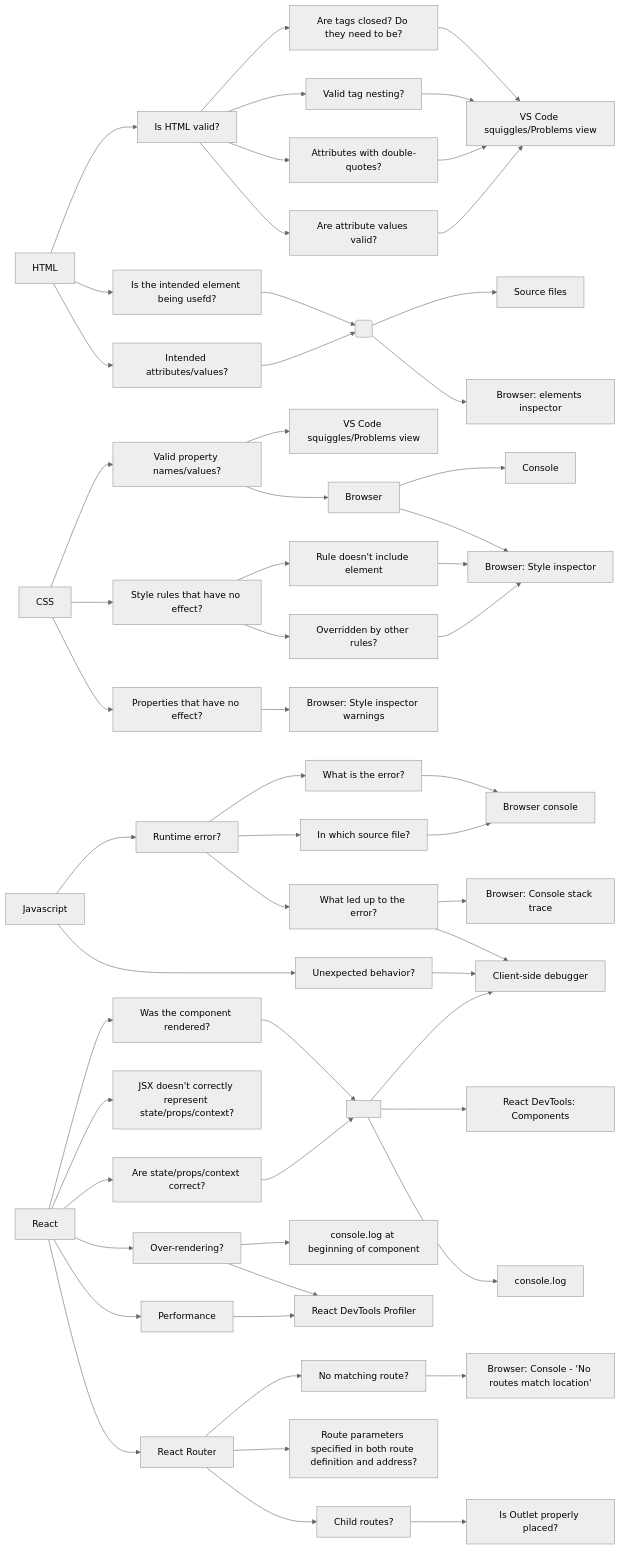
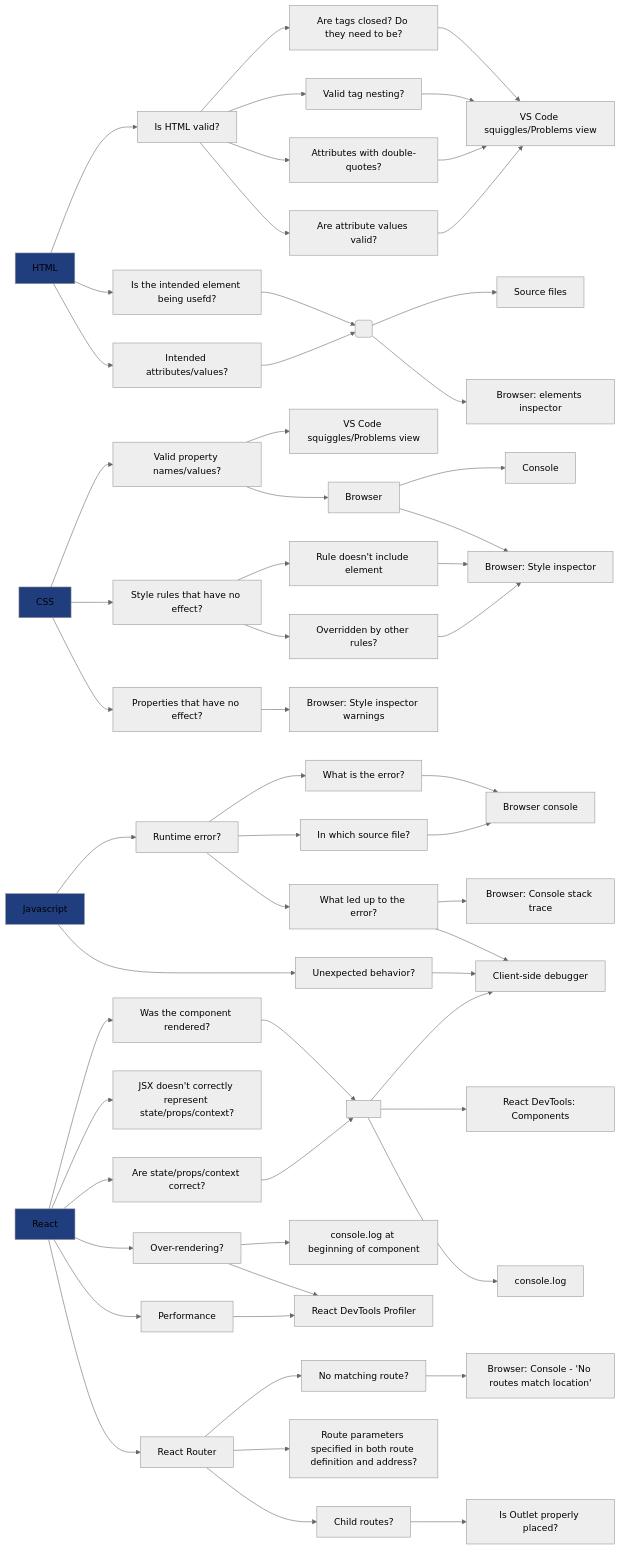
Before and after one commit to zspitz/debuggingProcess: the second of 5 diagrams in README.md, drawn with Mermaid (neutral theme). The commit also changed other lines of this file, not shown here.

````diff
--- a/README.md
+++ b/README.md
@@ -18,36 +20,38 @@
 ```mermaid
 graph LR
-N019[HTML] & N020[CSS] & N021[Javascript] & N022[React]
+N019[HTML]:::tech & N020[CSS]:::tech & N021[Javascript]:::tech & N022[React]:::tech
 
 N019 --> N023[Is HTML valid?] --> N024[Are tags closed? Do they need to be?] & N025[Valid tag nesting?] & N026[Attributes with double-quotes?] & N027[Are attribute values valid?] --> N028[VS Code squiggles/Problems view]
 
 N019 --> N029[Is the intended element being usefd?] & N030[Intended attributes/values?] --> N031( ) --> N032[Source files] & N033[Browser: elements inspector]
 
 N020 --> N034[Valid property names/values?] --> N035[VS Code squiggles/Problems view]
 
 N034 --> N036[Browser] --> N037[Console] & N038[Browser: Style inspector]
 
 N020 --> N039[Style rules that have no effect?] --> N040[Rule doesn't include element] & N041[Overridden by other rules?] --> N038
 
 N020 --> N043[Properties that have no effect?] --> N044[Browser: Style inspector warnings]
 
 N021 --> N045[Runtime error?] --> N046[What is the error?] & N047[In which source file?] --> N048[Browser console]
 
 N045 --> N049[What led up to the error?] --> N051[Browser: Console stack trace] & N050[Client-side debugger]
 
 N021 --> N053[Unexpected behavior?] --> N050
 
 N022 --> N056[Was the component rendered?] & N057[Are state/props/context correct?] --> N058[ ] --> N050 & N060[React DevTools: Components] & N061[console.log]
 
 N022 --> N062[JSX doesn't correctly represent state/props/context?]
 
 N022 --> N063[Over-rendering?] --> N064[console.log at beginning of component] & N065[React DevTools Profiler]
 
 N022 --> N066[Performance] --> N065
 
 N022 --> N068[React Router] --> N069[No matching route?] --> N070[Browser: Console - 'No routes match location']
 
 N068 --> N071[Route parameters specified in both route definition and address?]
 
 N068 --> N072[Child routes?] --> N073[Is Outlet properly placed?]
+
+classDef tech fill:#203d7e
 ```
````
